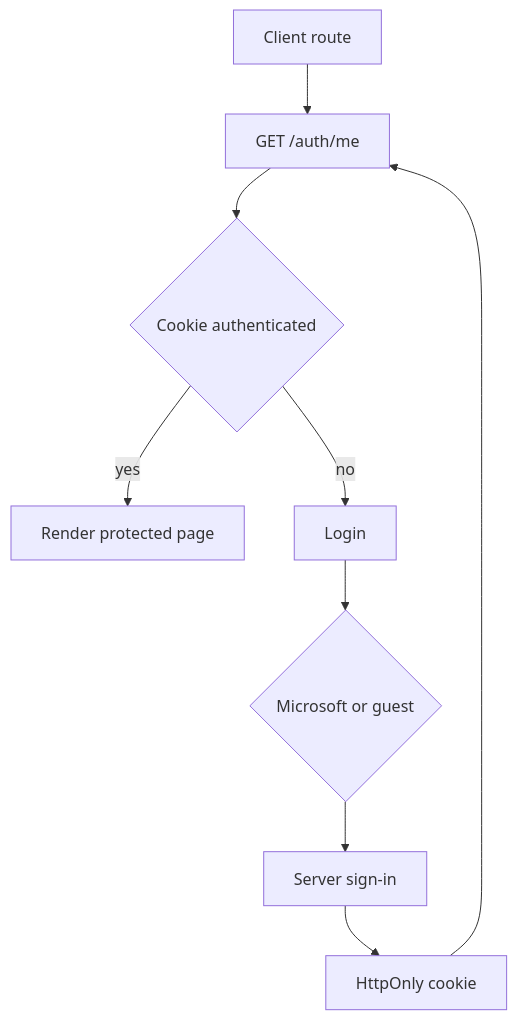
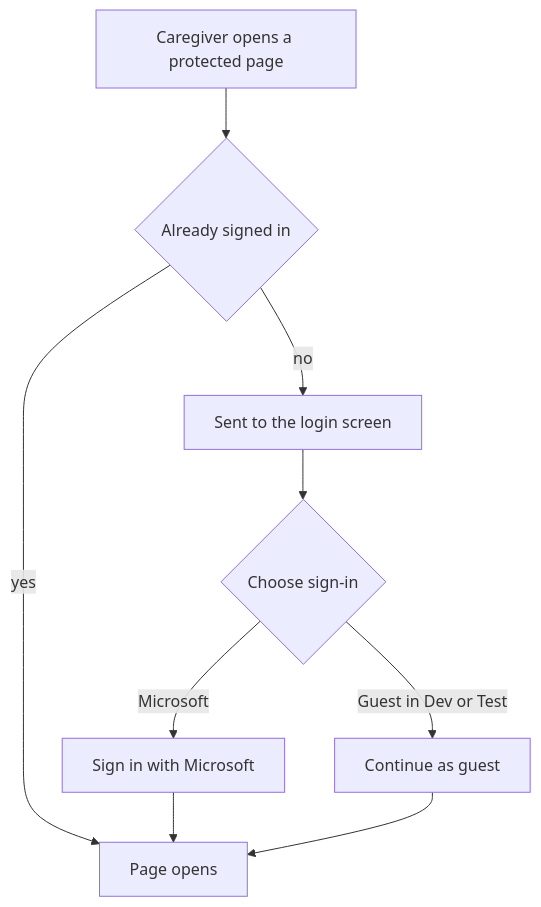
One commit to punkouter26/PoWatch changed the diagram in docs/Flow_Identity_BFF_simplified.mmd. Above: the diagram before and after it, drawn with Mermaid. The commit also changed 90 other files, not shown here.

```diff
--- a/docs/Flow_Identity_BFF_simplified.mmd
+++ b/docs/Flow_Identity_BFF_simplified.mmd
@@ -1,9 +1,9 @@
 graph TD
-    A["Client route"] --> B["GET /auth/me"]
-    B --> C{"Cookie authenticated"}
-    C -- "yes" --> D["Render protected page"]
-    C -- "no" --> E["Login"]
-    E --> F{"Microsoft or guest"}
-    F --> G["Server sign-in"]
-    G --> H["HttpOnly cookie"]
-    H --> B
+    A["Caregiver opens a protected page"] --> B{"Already signed in"}
+    B -- "yes" --> C["Page opens"]
+    B -- "no" --> D["Sent to the login screen"]
+    D --> E{"Choose sign-in"}
+    E -- "Microsoft" --> F["Sign in with Microsoft"]
+    E -- "Guest in Dev or Test" --> G["Continue as guest"]
+    F --> C
+    G --> C
```
